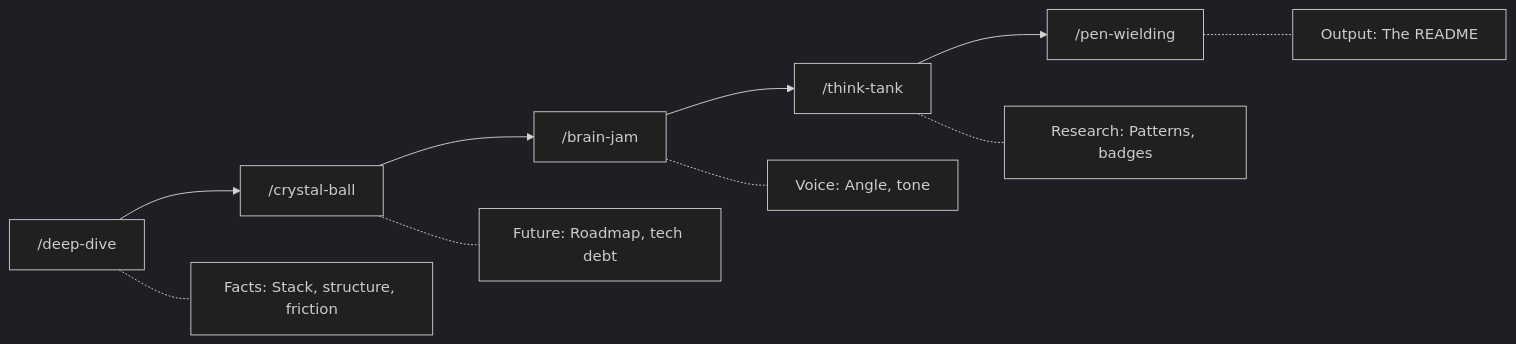
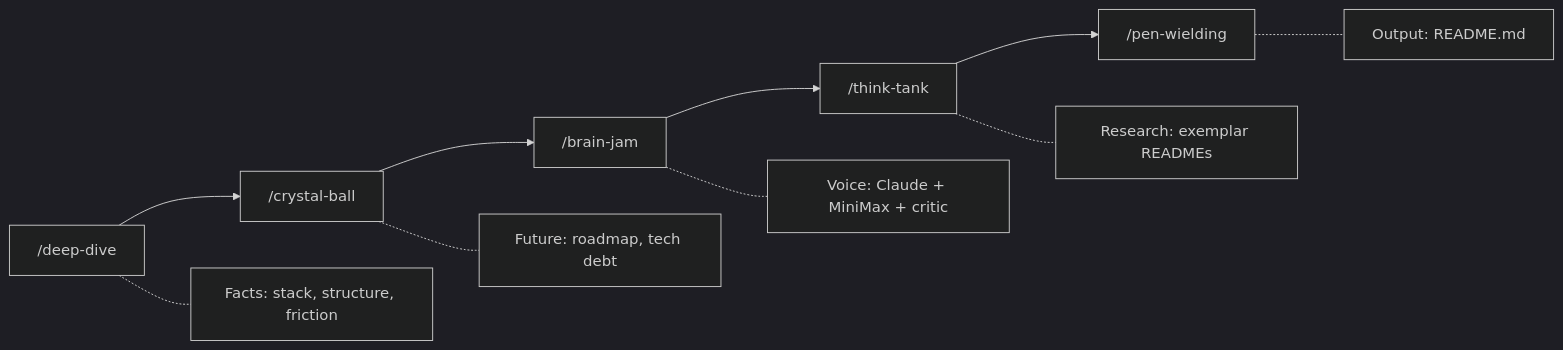
One commit to kellenff/claudikins-github-readme-for-perfectionists changed the diagram in README.md. Above: the diagram before and after it, drawn with Mermaid (dark theme). The commit also changed other lines of this file and 11 other files, not shown here.

````diff
--- a/README.md
+++ b/README.md
@@ -41,13 +60,13 @@
 ```mermaid
 flowchart LR
     A["/deep-dive"] --> B["/crystal-ball"]
     B --> C["/brain-jam"]
     C --> D["/think-tank"]
     D --> E["/pen-wielding"]
 
-    A -.- A1["Facts: Stack, structure, friction"]
-    B -.- B1["Future: Roadmap, tech debt"]
-    C -.- C1["Voice: Angle, tone"]
-    D -.- D1["Research: Patterns, badges"]
-    E -.- E1["Output: The README"]
+    A -.- A1["Facts: stack, structure, friction"]
+    B -.- B1["Future: roadmap, tech debt"]
+    C -.- C1["Voice: Claude + MiniMax + critic"]
+    D -.- D1["Research: exemplar READMEs"]
+    E -.- E1["Output: README.md"]
 ```
````
